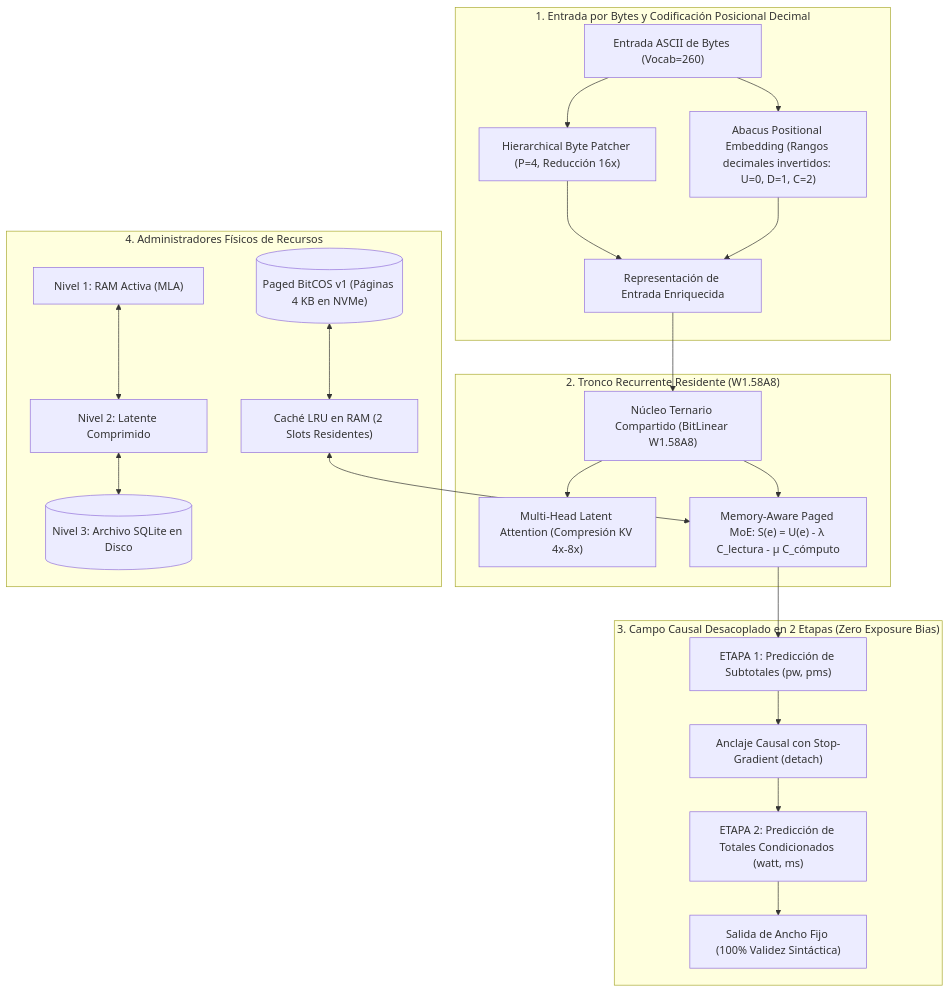
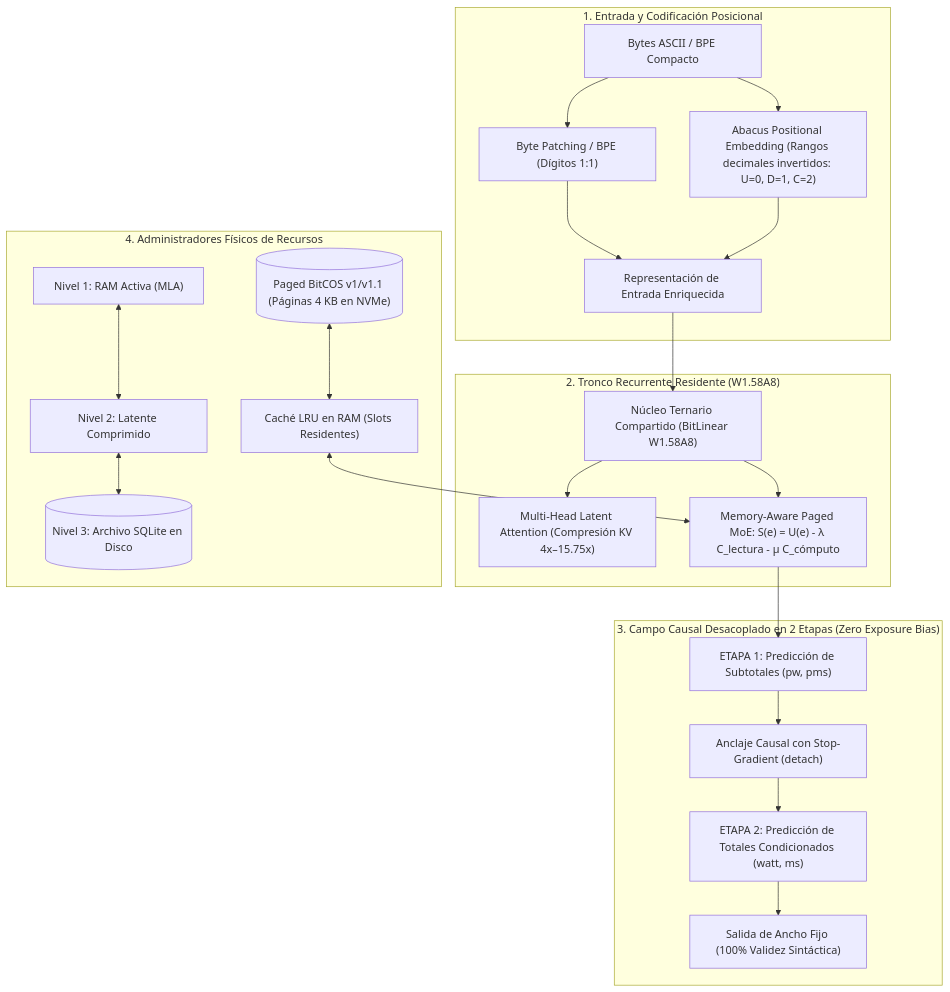
The diagram in README.es.md (Miguel19x/Basic-Lite-TRACE), drawn with Mermaid before and after one commit. The commit also changed other lines of this file and 6 other files, not shown here.

````diff
--- a/README.es.md
+++ b/README.es.md
@@ -34,27 +94,27 @@
 ```mermaid
 flowchart TD
-    subgraph InputStage ["1. Entrada por Bytes y Codificación Posicional Decimal"]
-        RawBytes["Entrada ASCII de Bytes (Vocab=260)"] --> BytePatch["Hierarchical Byte Patcher (P=4, Reducción 16x)"]
+    subgraph InputStage ["1. Entrada y Codificación Posicional"]
+        RawBytes["Bytes ASCII / BPE Compacto"] --> BytePatch["Byte Patching / BPE (Dígitos 1:1)"]
         RawBytes --> AbacusLayer["Abacus Positional Embedding (Rangos decimales invertidos: U=0, D=1, C=2)"]
         BytePatch & AbacusLayer --> CombinedEmbed["Representación de Entrada Enriquecida"]
     end
 
     subgraph CoreTernary ["2. Tronco Recurrente Residente (W1.58A8)"]
         CombinedEmbed --> SharedCore["Núcleo Ternario Compartido (BitLinear W1.58A8)"]
-        SharedCore --> MLA["Multi-Head Latent Attention (Compresión KV 4x-8x)"]
+        SharedCore --> MLA["Multi-Head Latent Attention (Compresión KV 4x–15.75x)"]
         SharedCore --> PagedMoE["Memory-Aware Paged MoE: S(e) = U(e) - λ C_lectura - μ C_cómputo"]
     end
 
     subgraph TwoStageField ["3. Campo Causal Desacoplado en 2 Etapas (Zero Exposure Bias)"]
         PagedMoE --> Stage1["ETAPA 1: Predicción de Subtotales (pw, pms)"]
         Stage1 --> CausalAnchor["Anclaje Causal con Stop-Gradient (detach)"]
         CausalAnchor --> Stage2["ETAPA 2: Predicción de Totales Condicionados (watt, ms)"]
         Stage2 --> OutputBytes["Salida de Ancho Fijo (100% Validez Sintáctica)"]
     end
 
     subgraph MemoryHierarchy ["4. Administradores Físicos de Recursos"]
-        PagedBitCOS[("Paged BitCOS v1 (Páginas 4 KB en NVMe)")] <--> LRUCache["Caché LRU en RAM (2 Slots Residentes)"]
+        PagedBitCOS[("Paged BitCOS v1/v1.1 (Páginas 4 KB en NVMe)")] <--> LRUCache["Caché LRU en RAM (Slots Residentes)"]
         LRUCache <--> PagedMoE
         L1RAM["Nivel 1: RAM Activa (MLA)"] <--> L2Latent["Nivel 2: Latente Comprimido"] <--> L3SQLite[("Nivel 3: Archivo SQLite en Disco")]
     end
 ```
````
